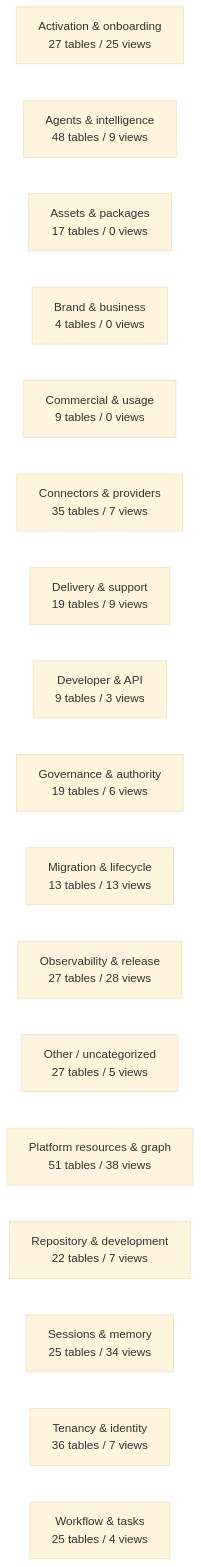
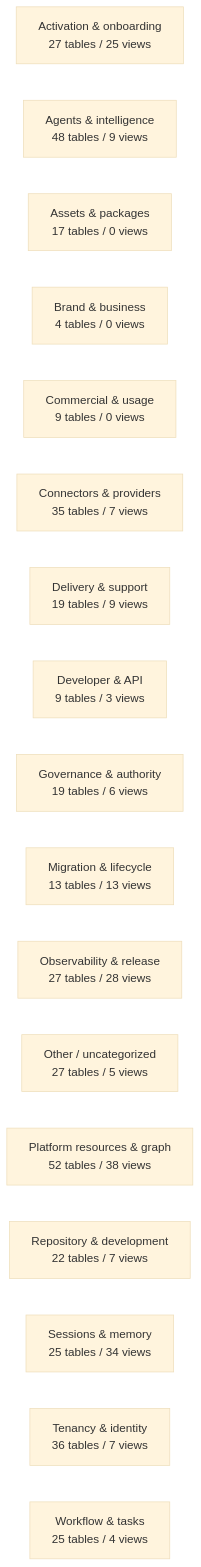
Before and after one commit to mad4bdigital-ai/multi-business-multi-role-growth-intelligence-os: the diagram in docs/work-maps/data-model-domain-map.md, drawn with Mermaid (base theme). The commit also changed other lines of this file and 5 other files, not shown here.

````diff
--- a/docs/work-maps/data-model-domain-map.md
+++ b/docs/work-maps/data-model-domain-map.md
@@ -9,20 +9,20 @@
 ```mermaid
 flowchart LR
   n_Activation___onboarding["Activation & onboarding<br/>27 tables / 25 views"]
   n_Agents___intelligence["Agents & intelligence<br/>48 tables / 9 views"]
   n_Assets___packages["Assets & packages<br/>17 tables / 0 views"]
   n_Brand___business["Brand & business<br/>4 tables / 0 views"]
   n_Commercial___usage["Commercial & usage<br/>9 tables / 0 views"]
   n_Connectors___providers["Connectors & providers<br/>35 tables / 7 views"]
   n_Delivery___support["Delivery & support<br/>19 tables / 9 views"]
   n_Developer___API["Developer & API<br/>9 tables / 3 views"]
   n_Governance___authority["Governance & authority<br/>19 tables / 6 views"]
   n_Migration___lifecycle["Migration & lifecycle<br/>13 tables / 13 views"]
   n_Observability___release["Observability & release<br/>27 tables / 28 views"]
   n_Other___uncategorized["Other / uncategorized<br/>27 tables / 5 views"]
-  n_Platform_resources___graph["Platform resources & graph<br/>51 tables / 38 views"]
+  n_Platform_resources___graph["Platform resources & graph<br/>52 tables / 38 views"]
   n_Repository___development["Repository & development<br/>22 tables / 7 views"]
   n_Sessions___memory["Sessions & memory<br/>25 tables / 34 views"]
   n_Tenancy___identity["Tenancy & identity<br/>36 tables / 7 views"]
   n_Workflow___tasks["Workflow & tasks<br/>25 tables / 4 views"]
 ```
````
